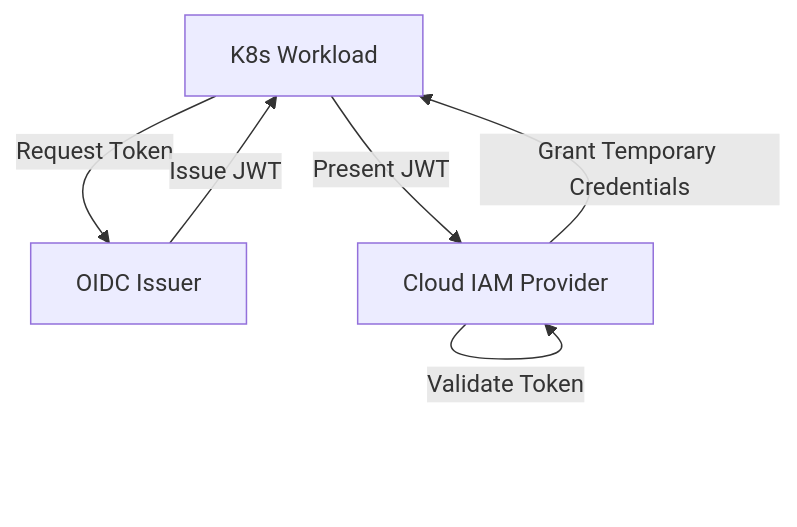
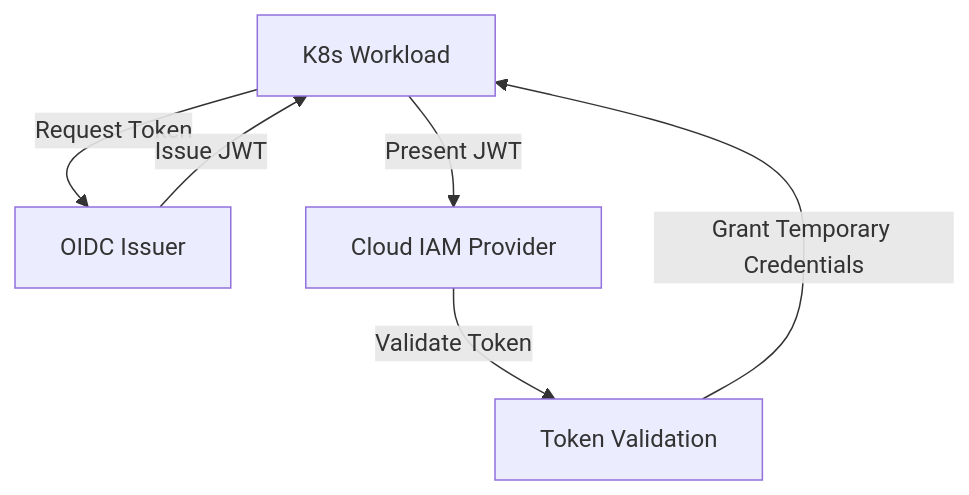
The fourth of 4 diagrams in README.md (mandypepe/sdd_spec_pulumi), drawn with Mermaid before and after one commit. The commit also changed other lines of this file, not shown here.

First line of the commit message:
fix: correct mermaid diagram syntax in README

````diff
--- a/README.md
+++ b/README.md
@@ -133,8 +161,8 @@
 ```mermaid
 flowchart TD
-    K8s[K8s Workload] -->|Request Token| OIDC[OIDC Issuer]
-    OIDC -->|Issue JWT| K8s
-    K8s -->|Present JWT| CloudIAM[Cloud IAM Provider]
-    CloudIAM -->|Validate Token| CloudIAM
-    CloudIAM -->|Grant Temporary Credentials| K8s
+    K8s["K8s Workload"] -->|"Request Token"| OIDC["OIDC Issuer"]
+    OIDC -->|"Issue JWT"| K8s
+    K8s -->|"Present JWT"| CloudIAM["Cloud IAM Provider"]
+    CloudIAM -->|"Validate Token"| Validate["Token Validation"]
+    Validate -->|"Grant Temporary Credentials"| K8s
 ```
````
